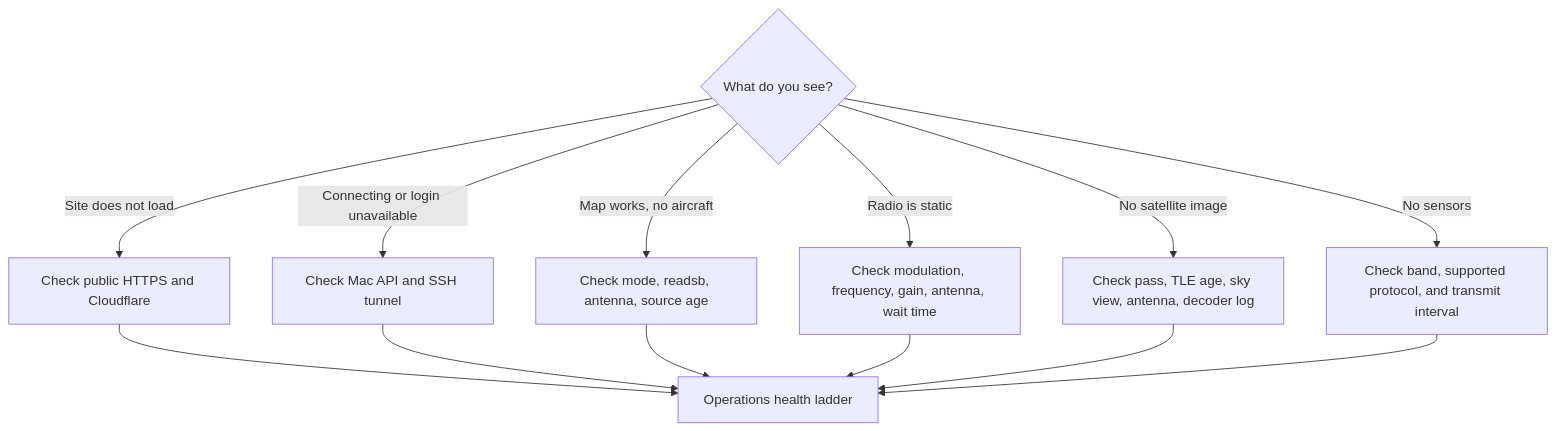
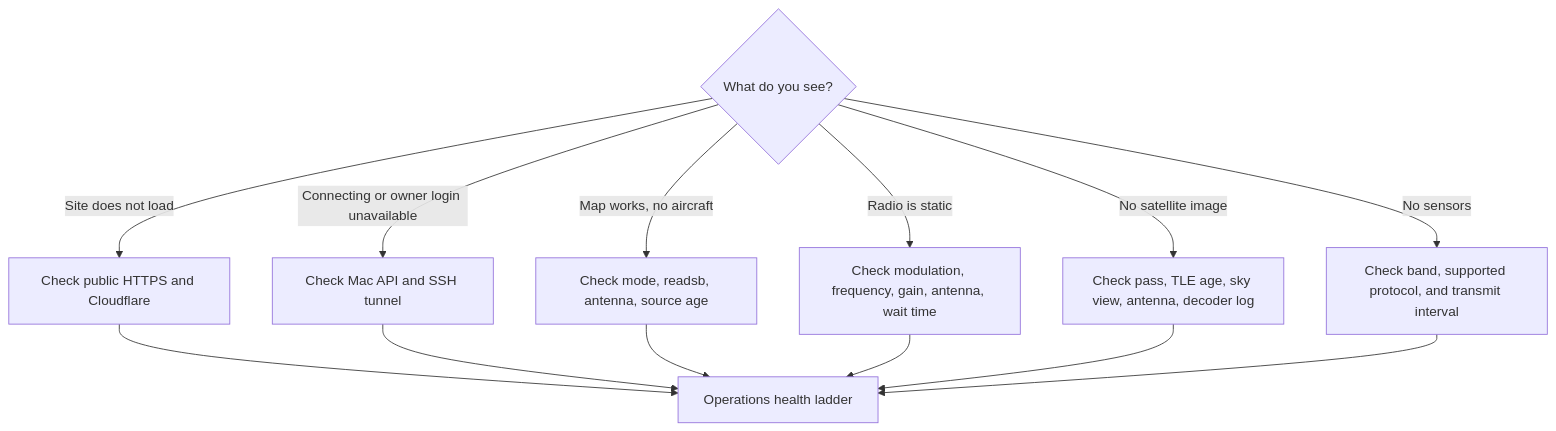
The first of 2 diagrams in wiki/skyglow/troubleshooting.md (ramideltoro/skyglow), drawn with Mermaid before and after one commit. The commit also changed other lines of this file and 17 other files, not shown here.

````diff
--- a/wiki/skyglow/troubleshooting.md
+++ b/wiki/skyglow/troubleshooting.md
@@ -5,16 +5,16 @@
 ```mermaid
 flowchart TD
     Symptom{What do you see?}
     Symptom -->|Site does not load| Public[Check public HTTPS and Cloudflare]
-    Symptom -->|Connecting or login unavailable| API[Check Mac API and SSH tunnel]
+    Symptom -->|Connecting or owner login unavailable| API[Check Mac API and SSH tunnel]
     Symptom -->|Map works, no aircraft| Aircraft[Check mode, readsb, antenna, source age]
     Symptom -->|Radio is static| Radio[Check modulation, frequency, gain, antenna, wait time]
     Symptom -->|No satellite image| Sat[Check pass, TLE age, sky view, antenna, decoder log]
     Symptom -->|No sensors| Sensors[Check band, supported protocol, and transmit interval]
     Public --> Ops[Operations health ladder]
     API --> Ops
     Aircraft --> Ops
     Radio --> Ops
     Sat --> Ops
     Sensors --> Ops
 ```
````
